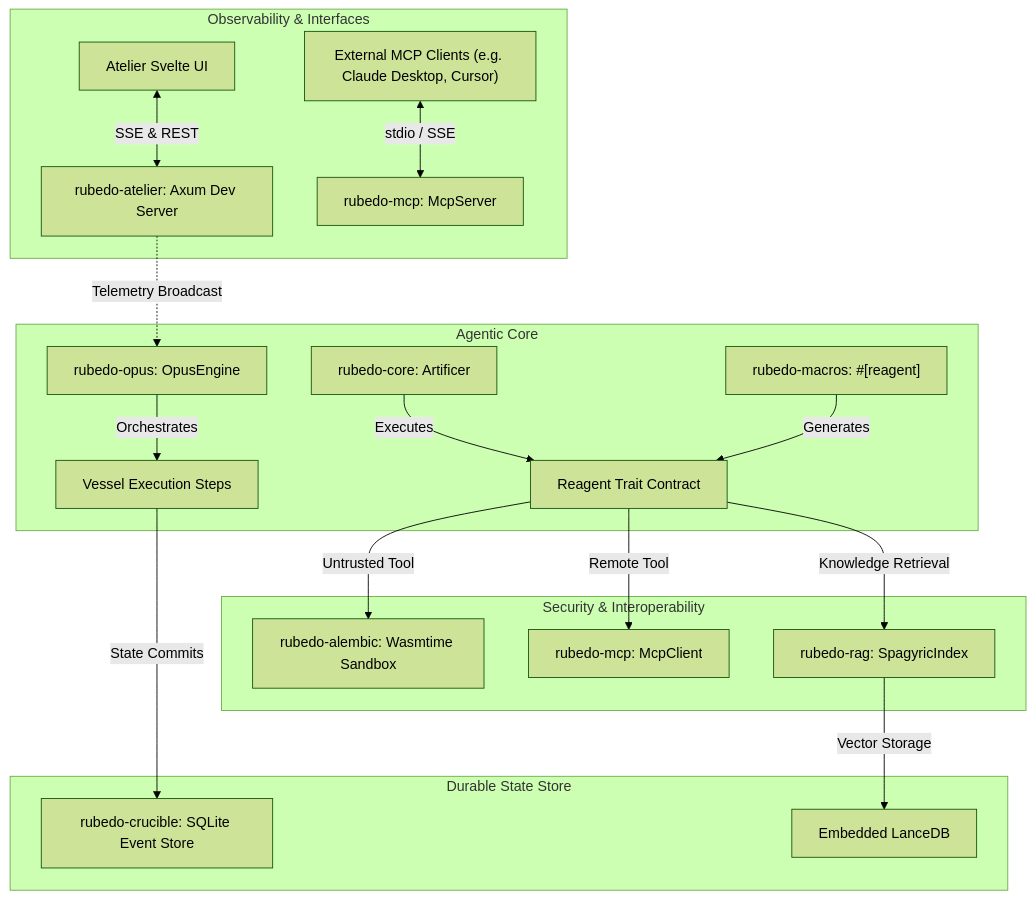
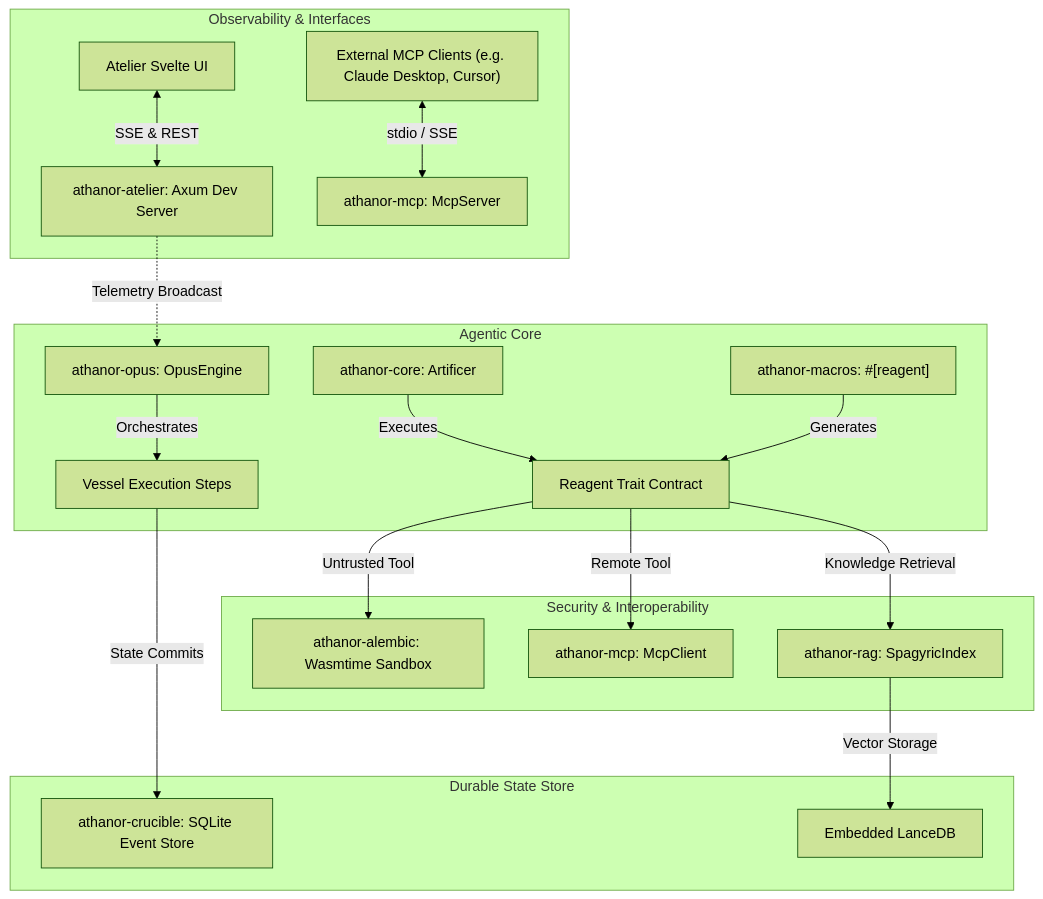
The first of 3 diagrams in docs/ARCHITECTURE.md (pinguxx/athanor), drawn with Mermaid (forest theme) before and after one commit. The commit also changed other lines of this file and 199 other files, not shown here.

````diff
--- a/docs/ARCHITECTURE.md
+++ b/docs/ARCHITECTURE.md
@@ -7,26 +7,26 @@
 ```mermaid
 graph TD
     subgraph ClientAndUI ["Observability & Interfaces"]
-        AtelierUI["Atelier Svelte UI"] <-->|SSE & REST| AtelierServer["rubedo-atelier: Axum Dev Server"]
-        ExternalMCPClients["External MCP Clients (e.g. Claude Desktop, Cursor)"] <-->|stdio / SSE| McpServer["rubedo-mcp: McpServer"]
+        AtelierUI["Atelier Svelte UI"] <-->|SSE & REST| AtelierServer["athanor-atelier: Axum Dev Server"]
+        ExternalMCPClients["External MCP Clients (e.g. Claude Desktop, Cursor)"] <-->|stdio / SSE| McpServer["athanor-mcp: McpServer"]
     end
 
     subgraph CoreAgenticRuntime ["Agentic Core"]
-        Artificer["rubedo-core: Artificer"] -->|Executes| ReagentTrait["Reagent Trait Contract"]
-        MacroGen["rubedo-macros: #[reagent]"] -->|Generates| ReagentTrait
-        OpusEngine["rubedo-opus: OpusEngine"] -->|Orchestrates| VesselTrait["Vessel Execution Steps"]
+        Artificer["athanor-core: Artificer"] -->|Executes| ReagentTrait["Reagent Trait Contract"]
+        MacroGen["athanor-macros: #[reagent]"] -->|Generates| ReagentTrait
+        OpusEngine["athanor-opus: OpusEngine"] -->|Orchestrates| VesselTrait["Vessel Execution Steps"]
     end
 
     subgraph IsolationAndInterop ["Security & Interoperability"]
-        ReagentTrait -->|Untrusted Tool| AlembicSandbox["rubedo-alembic: Wasmtime Sandbox"]
-        ReagentTrait -->|Remote Tool| McpClient["rubedo-mcp: McpClient"]
-        ReagentTrait -->|Knowledge Retrieval| SpagyricIndex["rubedo-rag: SpagyricIndex"]
+        ReagentTrait -->|Untrusted Tool| AlembicSandbox["athanor-alembic: Wasmtime Sandbox"]
+        ReagentTrait -->|Remote Tool| McpClient["athanor-mcp: McpClient"]
+        ReagentTrait -->|Knowledge Retrieval| SpagyricIndex["athanor-rag: SpagyricIndex"]
     end
 
     subgraph StateAndStorage ["Durable State Store"]
-        VesselTrait -->|State Commits| CrucibleEngine["rubedo-crucible: SQLite Event Store"]
+        VesselTrait -->|State Commits| CrucibleEngine["athanor-crucible: SQLite Event Store"]
         SpagyricIndex -->|Vector Storage| LanceDB["Embedded LanceDB"]
     end
 
     AtelierServer -.->|Telemetry Broadcast| OpusEngine
 ```
````
